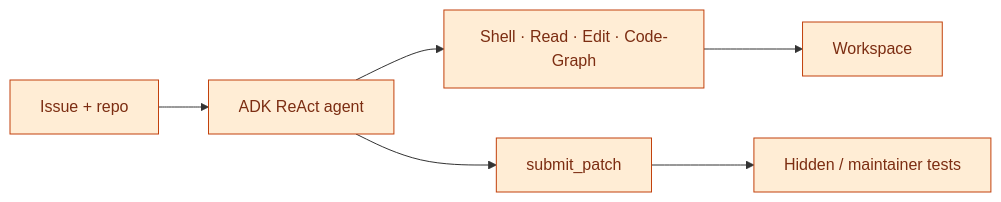
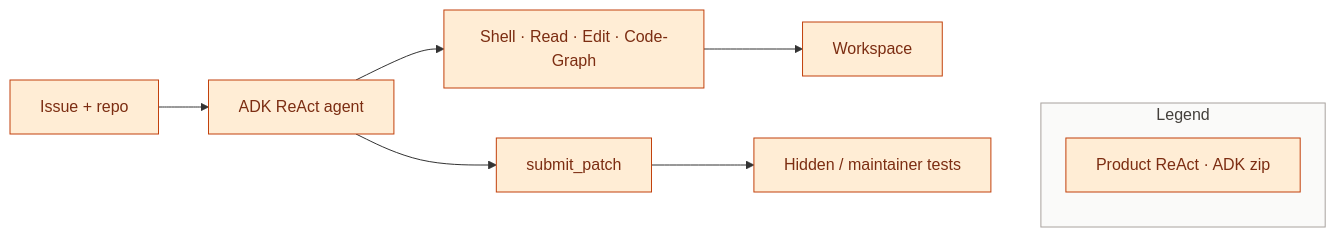
One commit to khaosans/noisegate-gemma4-factory changed the fourth of 7 diagrams in docs/wiki/Architecture.md. Above: the diagram before and after it, drawn with Mermaid. The commit also changed other lines of this file and 4 other files, not shown here.

First line of the commit message:
docs: move Mermaid color legends into diagram subgraphs

````diff
--- a/docs/wiki/Architecture.md
+++ b/docs/wiki/Architecture.md
@@ -122,11 +137,17 @@
 ```mermaid
 flowchart LR
   Issue[Issue + repo] --> Agent[ADK ReAct agent]
   Agent --> Tools[Shell · Read · Edit · Code-Graph]
   Tools --> WS[Workspace]
   Agent --> Submit[submit_patch]
   Submit --> Tests[Hidden / maintainer tests]
 
+  subgraph Legend["Legend"]
+    LegP[Product ReAct · ADK zip]
+  end
+  Tests ~~~ LegP
+
   classDef product fill:#FFEDD5,stroke:#C2410C,color:#7C2D12
-  class Issue,Agent,Tools,WS,Submit,Tests product
+  class Issue,Agent,Tools,WS,Submit,Tests,LegP product
+  style Legend fill:#FAFAF9,stroke:#A8A29E,color:#44403C
 ```
````
